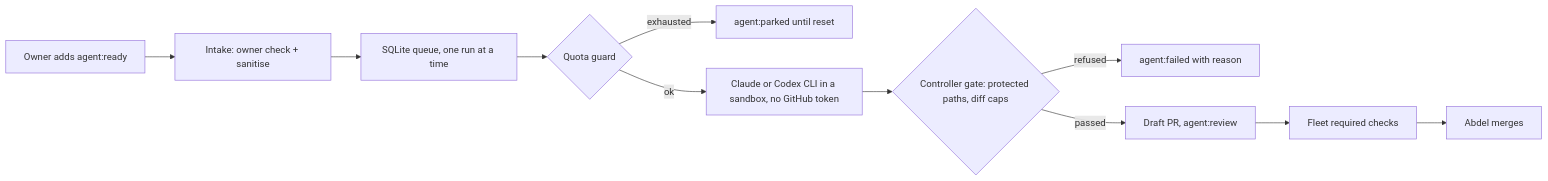
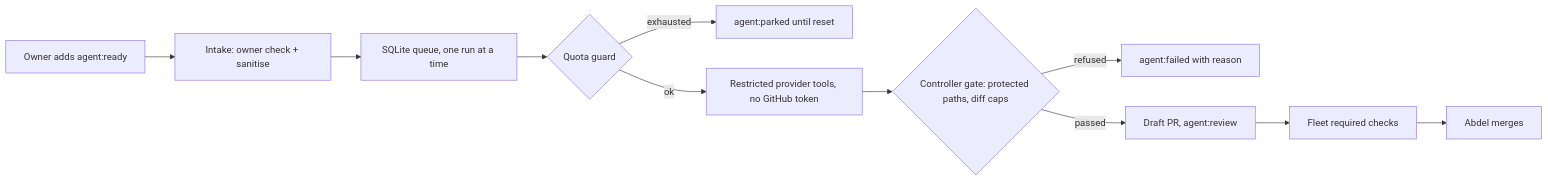
Before and after one commit to Abdel-Abdelaal/agent-dispatcher: the diagram in README.md, drawn with Mermaid. The commit also changed other lines of this file and 1 other file, not shown here.

````diff
--- a/README.md
+++ b/README.md
@@ -191,12 +196,12 @@
 ```mermaid
 flowchart LR
   Label[Owner adds agent:ready] --> Intake[Intake: owner check + sanitise]
   Intake --> Queue[SQLite queue, one run at a time]
   Queue --> Quota{Quota guard}
   Quota -- exhausted --> Parked[agent:parked until reset]
-  Quota -- ok --> Run[Claude or Codex CLI in a sandbox, no GitHub token]
+  Quota -- ok --> Run[Restricted provider tools, no GitHub token]
   Run --> Gate{Controller gate: protected paths, diff caps}
   Gate -- refused --> Failed[agent:failed with reason]
   Gate -- passed --> PR[Draft PR, agent:review]
   PR --> CI[Fleet required checks] --> Merge[Abdel merges]
 ```
````
